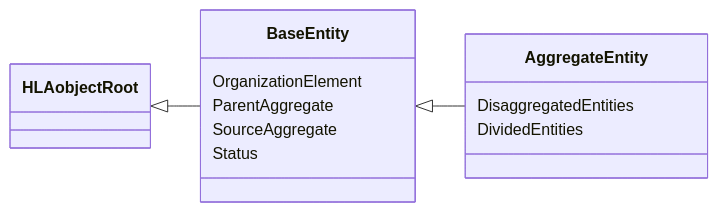
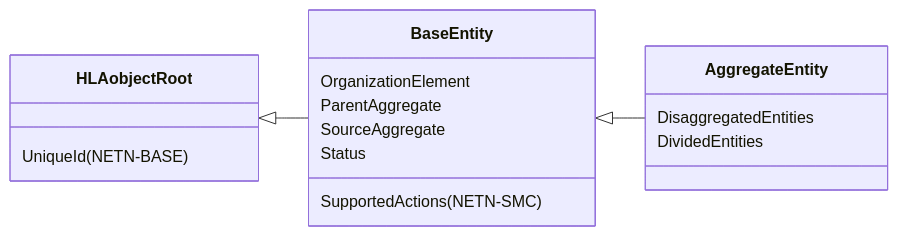
One commit to AMSP-04/NETN-MRM changed the eighth of 9 diagrams in NETN-MRM.md. Above: the diagram before and after it, drawn with Mermaid. The commit also changed other lines of this file and 3 other files, not shown here.

````diff
--- a/NETN-MRM.md
+++ b/NETN-MRM.md
@@ -291,13 +273,15 @@
 ```mermaid
 classDiagram 
 direction LR
 
 HLAobjectRoot <|-- BaseEntity
+HLAobjectRoot : UniqueId(NETN-BASE)
 BaseEntity <|-- AggregateEntity
 BaseEntity : OrganizationElement
 BaseEntity : ParentAggregate
 BaseEntity : SourceAggregate
 BaseEntity : Status
+BaseEntity : SupportedActions(NETN-SMC)
 AggregateEntity : DisaggregatedEntities
 AggregateEntity : DividedEntities
 ```
````
